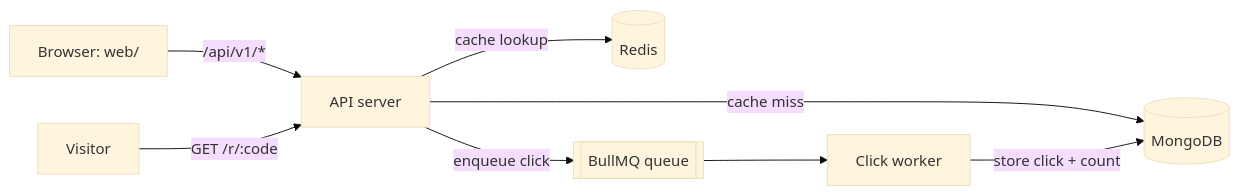
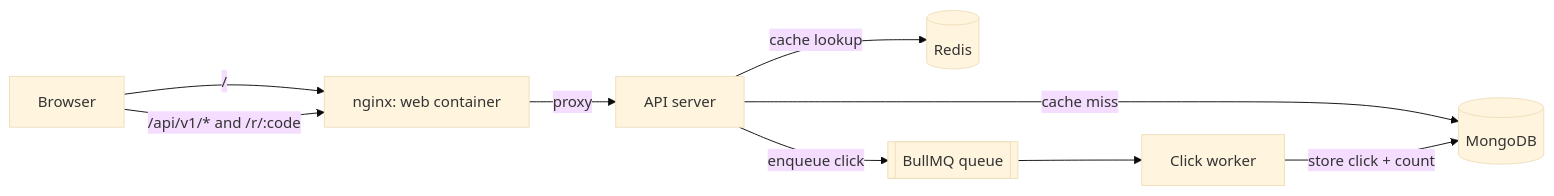
One commit to Tusharwhy/linksnap changed the diagram in README.md. Above: the diagram before and after it, drawn with Mermaid (base theme). The commit also changed other lines of this file and 1 other file, not shown here.

````diff
--- a/README.md
+++ b/README.md
@@ -12,10 +13,11 @@
 ```mermaid
 flowchart LR
-    B[Browser: web/] -->|/api/v1/*| API[API server]
-    V[Visitor] -->|GET /r/:code| API
+    B[Browser] -->|/| N[nginx: web container]
+    B -->|/api/v1/* and /r/:code| N
+    N -->|proxy| API[API server]
     API -->|cache lookup| R[(Redis)]
     API -->|cache miss| M[(MongoDB)]
     API -->|enqueue click| Q[[BullMQ queue]]
     Q --> W[Click worker]
     W -->|store click + count| M
 ```
````
